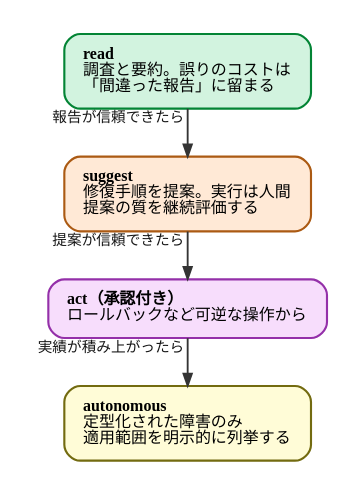
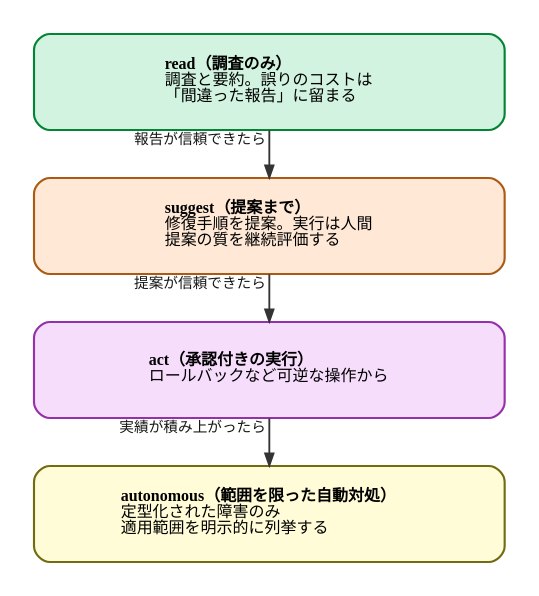
The diagram in diagrams/observability-platform-with-otel/20260926-autonomy-stages.dot (ymotongpoo/zenn.dev), drawn with Graphviz before and after one commit. The commit also changed 7 other files, not shown here.

```diff
--- a/diagrams/observability-platform-with-otel/20260926-autonomy-stages.dot
+++ b/diagrams/observability-platform-with-otel/20260926-autonomy-stages.dot
@@ -1,29 +1,33 @@
 // 自律運用への権限の段階
 digraph autonomy_stages {
   graph [
     fontname="IBM Plex Sans JP", fontsize=13,
     rankdir=TB, compound=true, splines=ortho,
     nodesep=0.5, ranksep=0.5, pad=0.25,
     bgcolor="white", newrank=true
   ];
   node [
     fontname="IBM Plex Sans JP", fontsize=12,
     shape=box, style="rounded,filled",
     fillcolor="#E4E4E4", color="#4A4A4A", penwidth=1.6,
     margin="0.2,0.14"
   ];
   edge [
     fontname="IBM Plex Sans JP", fontsize=11,
     color="#343434", penwidth=1.4, arrowsize=0.9,
     fontcolor="#171717"
   ];
 
-  read [label=<<b>read</b><br align="left"/>調査と要約。誤りのコストは<br align="left"/>「間違った報告」に留まる<br align="left"/>>, fillcolor="#D2F3DF", color="#038435"];
-  suggest [label=<<b>suggest</b><br align="left"/>修復手順を提案。実行は人間<br align="left"/>提案の質を継続評価する<br align="left"/>>, fillcolor="#FFE9D6", color="#AB5A13"];
-  act [label=<<b>act（承認付き）</b><br align="left"/>ロールバックなど可逆な操作から<br align="left"/>>, fillcolor="#F7DDFC", color="#9430A9"];
-  autonomous [label=<<b>autonomous</b><br align="left"/>定型化された障害のみ<br align="left"/>適用範囲を明示的に列挙する<br align="left"/>>, fillcolor="#FFFCD7", color="#736B10"];
+  // 同じカテゴリ（権限の段階）の4つは大きさを揃えて整列させる。
+  // ラベルの文字数で幅が変わると、段階ごとに重みが違うように見える。
+  node [width=4.9, height=1.0];
+
+  read [label=<<b>read（調査のみ）</b><br align="left"/>調査と要約。誤りのコストは<br align="left"/>「間違った報告」に留まる<br align="left"/>>, fillcolor="#D2F3DF", color="#038435"];
+  suggest [label=<<b>suggest（提案まで）</b><br align="left"/>修復手順を提案。実行は人間<br align="left"/>提案の質を継続評価する<br align="left"/>>, fillcolor="#FFE9D6", color="#AB5A13"];
+  act [label=<<b>act（承認付きの実行）</b><br align="left"/>ロールバックなど可逆な操作から<br align="left"/>>, fillcolor="#F7DDFC", color="#9430A9"];
+  autonomous [label=<<b>autonomous（範囲を限った自動対処）</b><br align="left"/>定型化された障害のみ<br align="left"/>適用範囲を明示的に列挙する<br align="left"/>>, fillcolor="#FFFCD7", color="#736B10"];
 
   read -> suggest [xlabel=" 報告が信頼できたら"];
   suggest -> act [xlabel=" 提案が信頼できたら"];
   act -> autonomous [xlabel=" 実績が積み上がったら"];
 }
```
